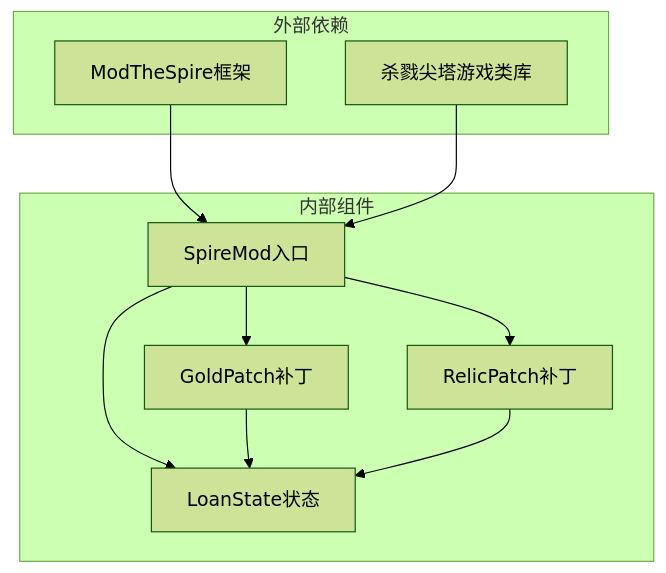
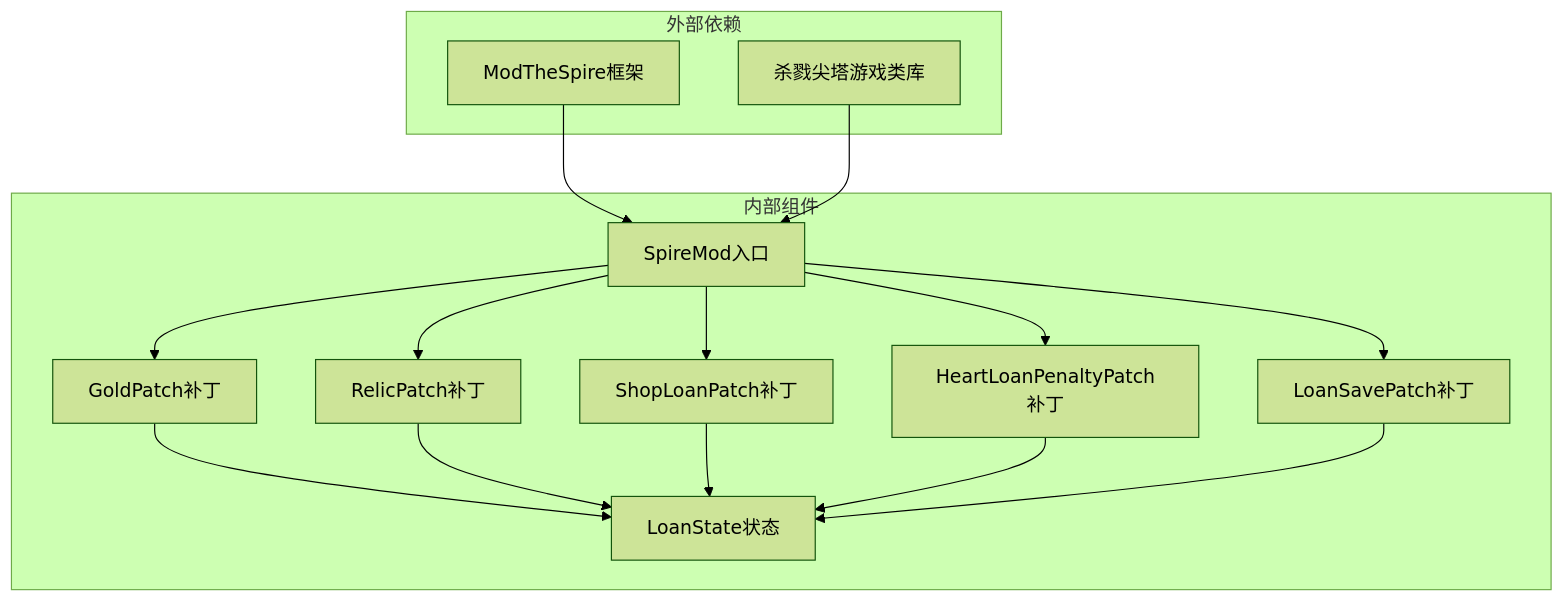
Before and after one commit to StephenZhuang/SpireMod: the eighth of 8 diagrams in .qoder/repowiki/zh/content/核心功能/初始资源增益系统.md, drawn with Mermaid (forest theme). The commit also changed other lines of this file and 35 other files, not shown here.

````diff
--- a/.qoder/repowiki/zh/content/核心功能/初始资源增益系统.md
+++ b/.qoder/repowiki/zh/content/核心功能/初始资源增益系统.md
@@ -296,20 +331,28 @@
 ```mermaid
 graph TB
 subgraph "外部依赖"
 A[ModTheSpire框架]
 B[杀戮尖塔游戏类库]
 end
 subgraph "内部组件"
 C[SpireMod入口]
 D[GoldPatch补丁]
 E[RelicPatch补丁]
-F[LoanState状态]
+F[ShopLoanPatch补丁]
+G[HeartLoanPenaltyPatch补丁]
+H[LoanSavePatch补丁]
+I[LoanState状态]
 end
 A --> C
 B --> C
 C --> D
 C --> E
 C --> F
-D --> F
-E --> F
+C --> G
+C --> H
+D --> I
+E --> I
+F --> I
+G --> I
+H --> I
 ```
````
